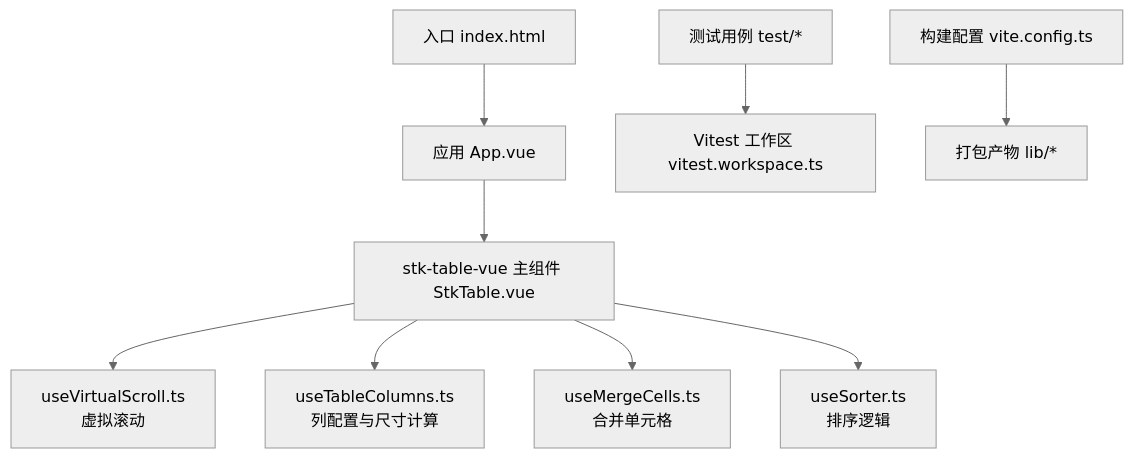
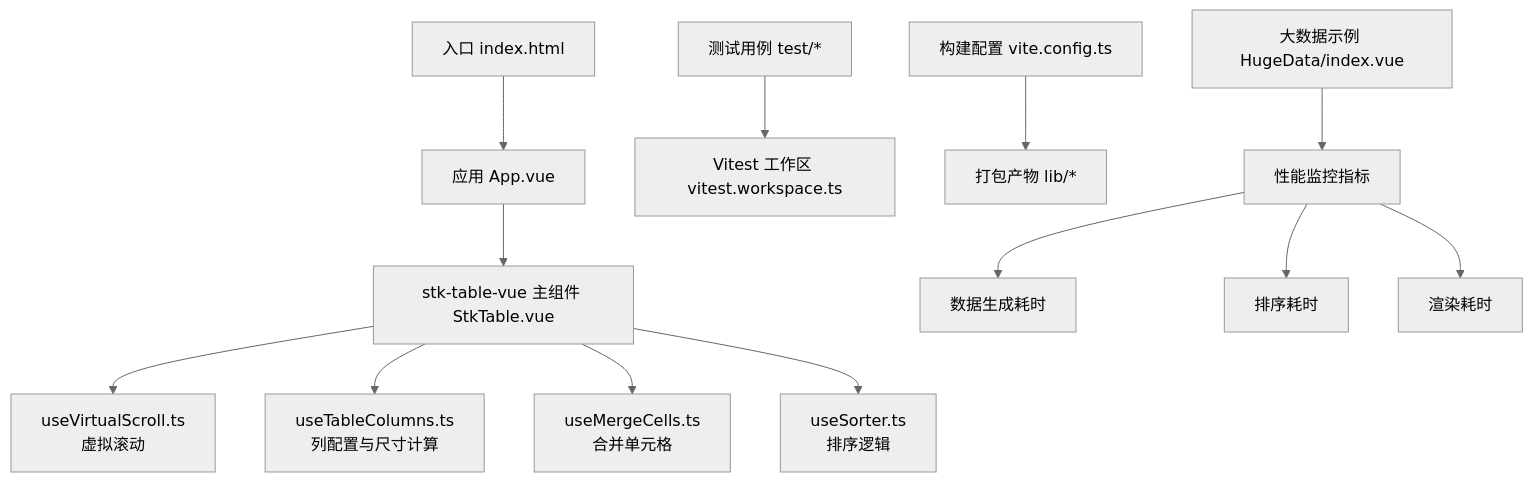
Before and after one commit to ja-plus/stk-table-vue: the first of 5 diagrams in .qoder/repowiki/zh/content/性能优化/性能监控与分析.md, drawn with Mermaid (neutral theme). The commit also changed other lines of this file and 12 other files, not shown here.

````diff
--- a/.qoder/repowiki/zh/content/性能优化/性能监控与分析.md
+++ b/.qoder/repowiki/zh/content/性能优化/性能监控与分析.md
@@ -41,11 +54,15 @@
 ```mermaid
 graph TB
 A["入口 index.html"] --> B["应用 App.vue"]
 B --> C["stk-table-vue 主组件 StkTable.vue"]
 C --> D["useVirtualScroll.ts<br/>虚拟滚动"]
 C --> E["useTableColumns.ts<br/>列配置与尺寸计算"]
 C --> F["useMergeCells.ts<br/>合并单元格"]
 C --> G["useSorter.ts<br/>排序逻辑"]
 H["测试用例 test/*"] --> I["Vitest 工作区 vitest.workspace.ts"]
 J["构建配置 vite.config.ts"] --> K["打包产物 lib/*"]
+L["大数据示例 HugeData/index.vue"] --> M["性能监控指标"]
+M --> N["数据生成耗时"]
+M --> O["排序耗时"]
+M --> P["渲染耗时"]
 ```
````
